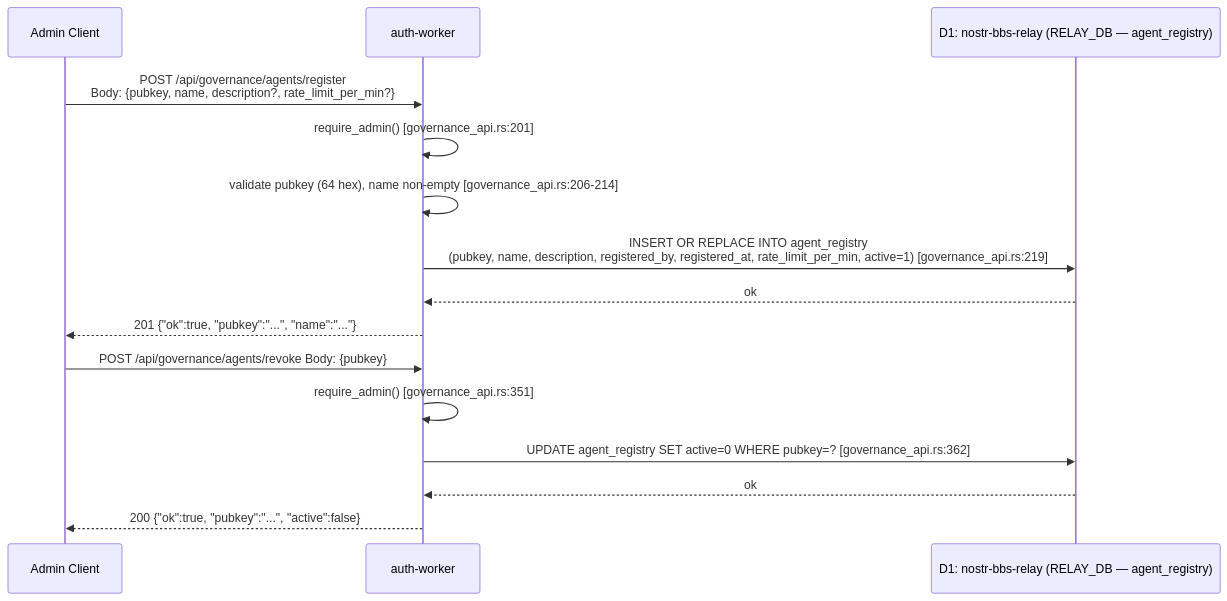
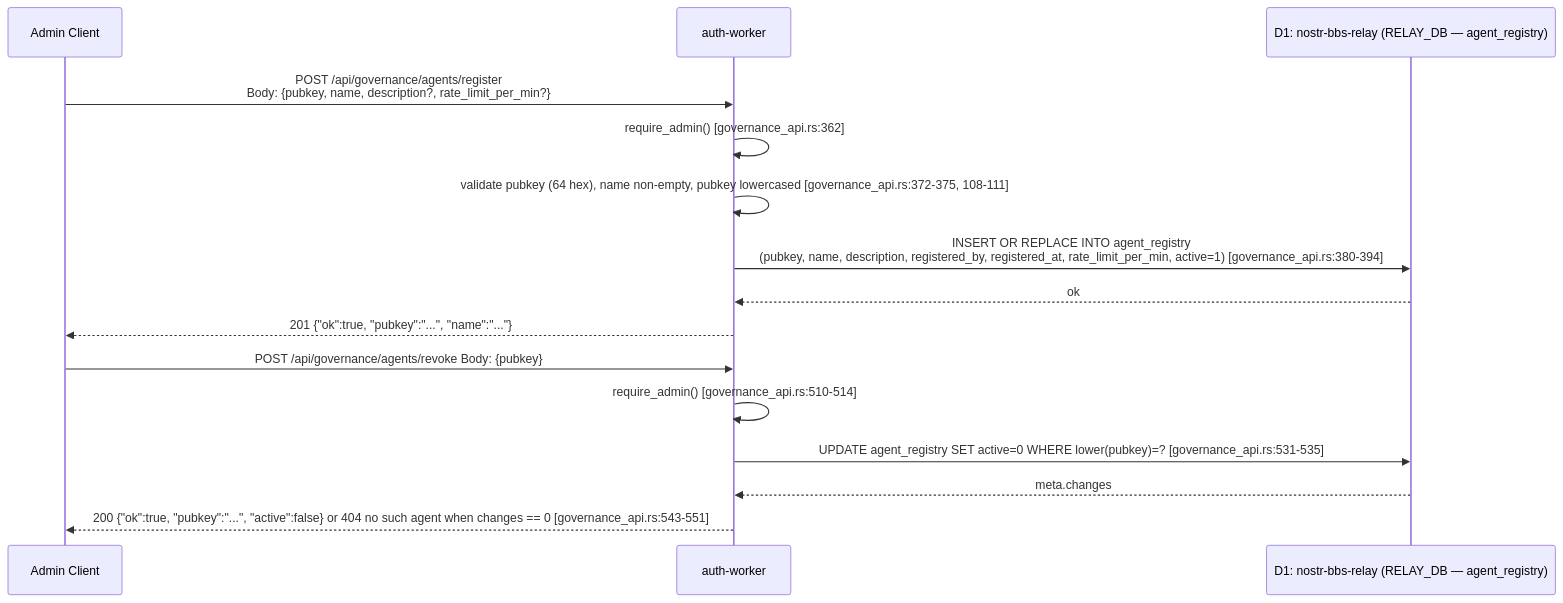
Before and after one commit to DreamLab-AI/nostr-rust-forum: the fourth of 7 diagrams in docs/diagrams/auth-governance-flows.md, drawn with Mermaid. The commit also changed other lines of this file and 4 other files, not shown here.

First line of the commit message:
docs(diagrams): bring the diagram corpus up to 3c48e26 (NIP-09 tombstones, deletion sync, NIP-42 receipts, per-identity zone keys)

````diff
--- a/docs/diagrams/auth-governance-flows.md
+++ b/docs/diagrams/auth-governance-flows.md
@@ -149,19 +154,19 @@
 ```mermaid
 sequenceDiagram
     participant A as Admin Client
     participant W as auth-worker
     participant D1R as D1: nostr-bbs-relay (RELAY_DB — agent_registry)
 
     A->>W: POST /api/governance/agents/register<br/>Body: {pubkey, name, description?, rate_limit_per_min?}
-    W->>W: require_admin() [governance_api.rs:201]
-    W->>W: validate pubkey (64 hex), name non-empty [governance_api.rs:206-214]
-    W->>D1R: INSERT OR REPLACE INTO agent_registry<br/>(pubkey, name, description, registered_by, registered_at, rate_limit_per_min, active=1) [governance_api.rs:219]
+    W->>W: require_admin() [governance_api.rs:362]
+    W->>W: validate pubkey (64 hex), name non-empty, pubkey lowercased [governance_api.rs:372-375, 108-111]
+    W->>D1R: INSERT OR REPLACE INTO agent_registry<br/>(pubkey, name, description, registered_by, registered_at, rate_limit_per_min, active=1) [governance_api.rs:380-394]
     D1R-->>W: ok
     W-->>A: 201 {"ok":true, "pubkey":"...", "name":"..."}
 
     A->>W: POST /api/governance/agents/revoke  Body: {pubkey}
-    W->>W: require_admin() [governance_api.rs:351]
-    W->>D1R: UPDATE agent_registry SET active=0 WHERE pubkey=? [governance_api.rs:362]
-    D1R-->>W: ok
-    W-->>A: 200 {"ok":true, "pubkey":"...", "active":false}
+    W->>W: require_admin() [governance_api.rs:510-514]
+    W->>D1R: UPDATE agent_registry SET active=0 WHERE lower(pubkey)=? [governance_api.rs:531-535]
+    D1R-->>W: meta.changes
+    W-->>A: 200 {"ok":true, "pubkey":"...", "active":false} or 404 no such agent when changes == 0 [governance_api.rs:543-551]
 ```
````
